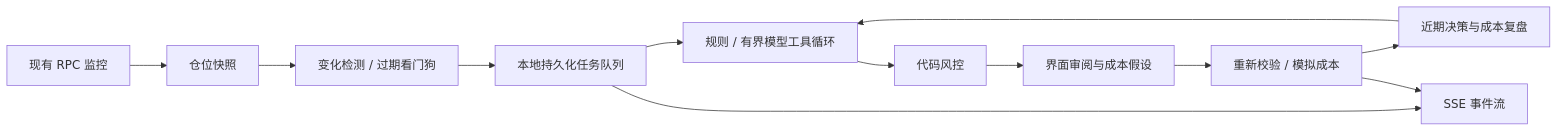
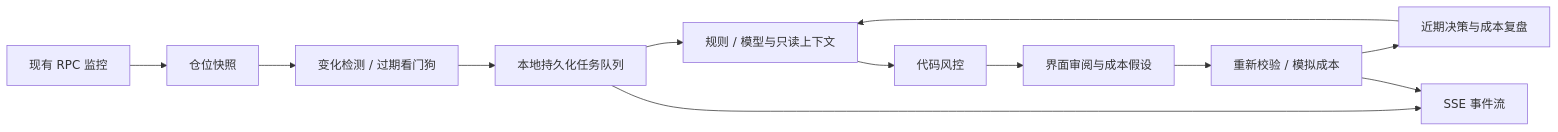
One commit to YTU94/lp-sentinel changed the diagram in docs/strategy-agent.md. Above: the diagram before and after it, drawn with Mermaid. The commit also changed other lines of this file and 55 other files, not shown here.

````diff
--- a/docs/strategy-agent.md
+++ b/docs/strategy-agent.md
@@ -26,14 +26,14 @@
 ```mermaid
 flowchart LR
   RPC[现有 RPC 监控] --> Snapshot[仓位快照]
   Snapshot --> Observer[变化检测 / 过期看门狗]
   Observer --> Inbox[本地持久化任务队列]
-  Inbox --> Planner[规则 / 有界模型工具循环]
+  Inbox --> Planner[规则 / 模型与只读上下文]
   Memory[近期决策与成本复盘] --> Planner
   Planner --> Risk[代码风控]
   Risk --> Review[界面审阅与成本假设]
   Review --> Paper[重新校验 / 模拟成本]
   Paper --> Memory
   Inbox --> SSE[SSE 事件流]
   Paper --> SSE
 ```
````
